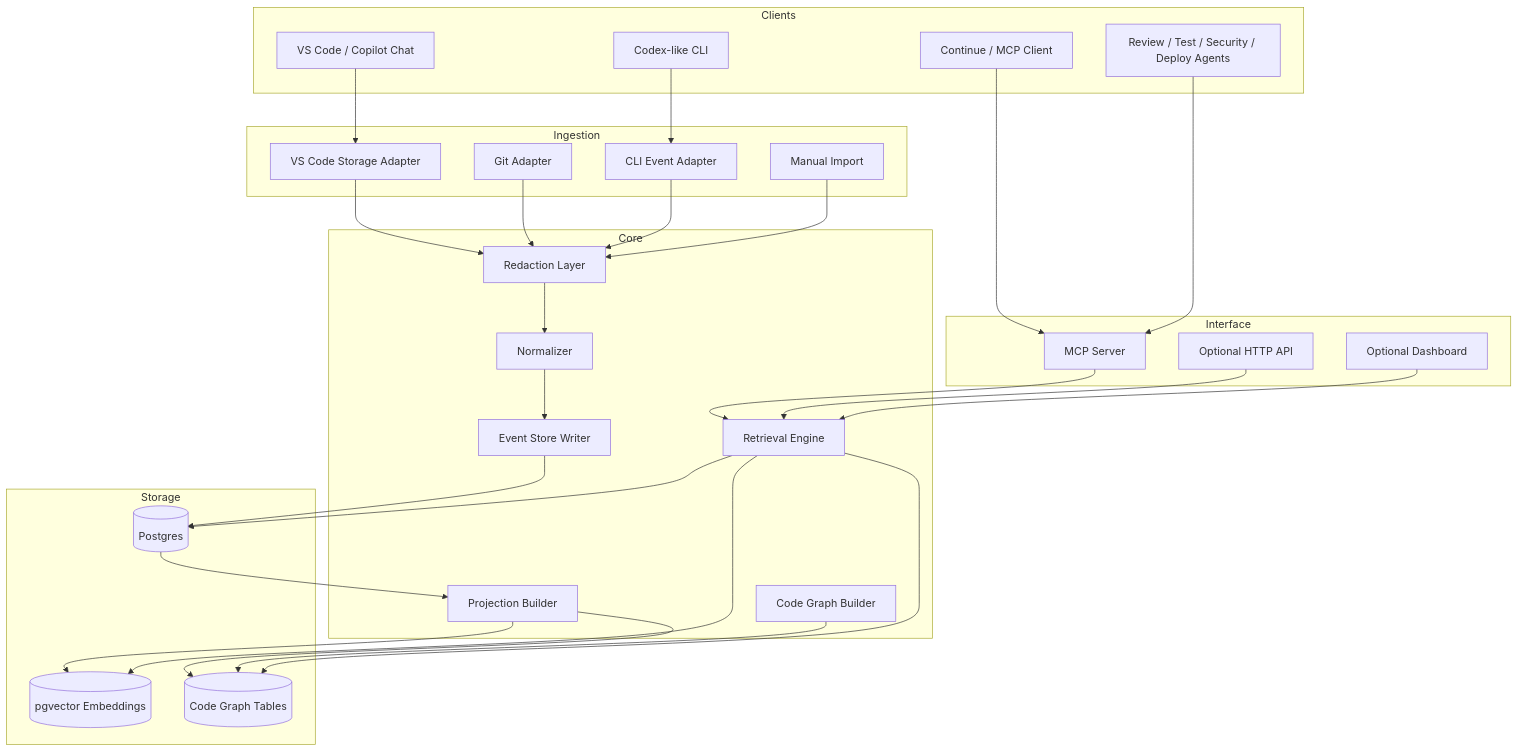
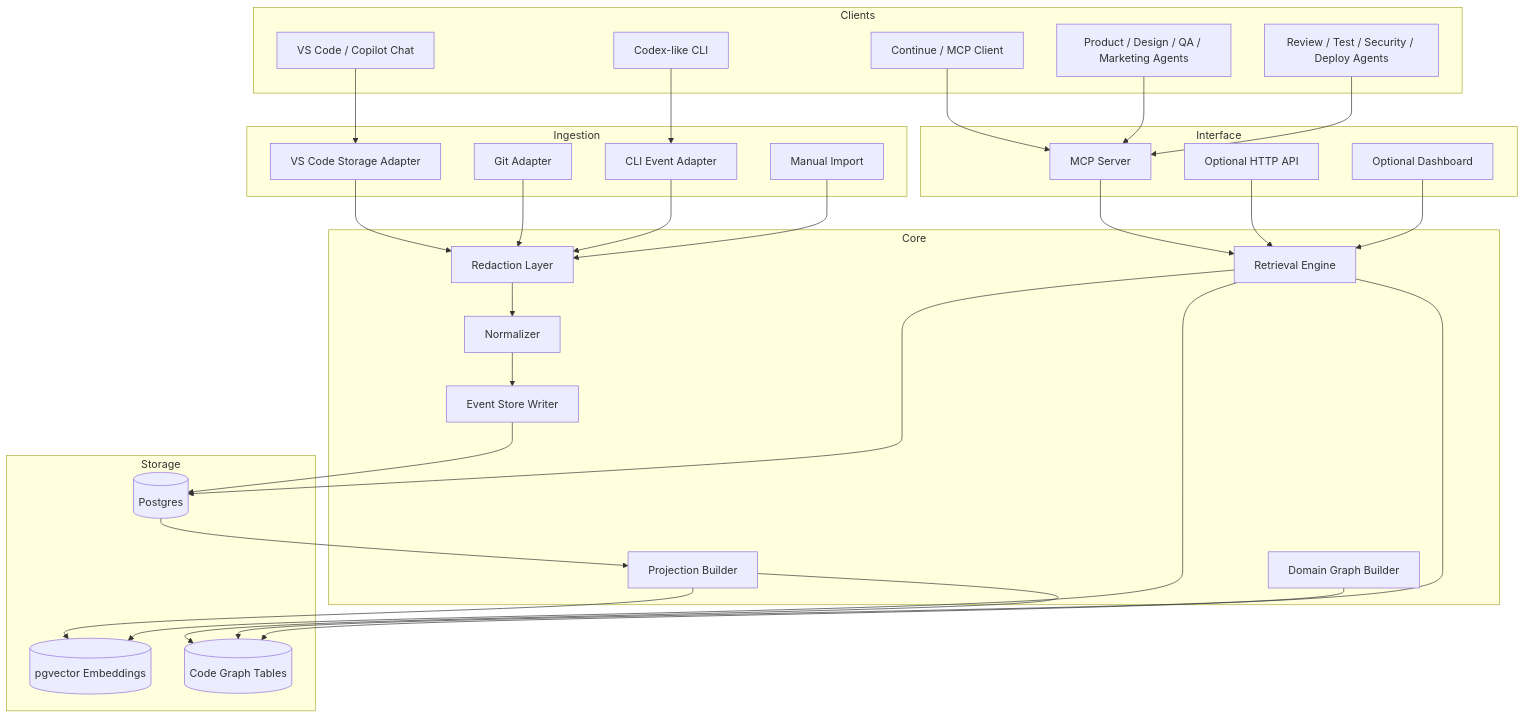
The diagram in docs/architecture.md (geondongkim/geond-agent-protocol), drawn with Mermaid before and after one commit. The commit also changed other lines of this file and 18 other files, not shown here.

````diff
--- a/docs/architecture.md
+++ b/docs/architecture.md
@@ -23,59 +23,61 @@
 ```mermaid
 flowchart TB
     subgraph Clients
         V[VS Code / Copilot Chat]
         X[Codex-like CLI]
         C[Continue / MCP Client]
+        P0[Product / Design / QA / Marketing Agents]
         O[Review / Test / Security / Deploy Agents]
     end
 
     subgraph Ingestion
         A1[VS Code Storage Adapter]
         A2[Git Adapter]
         A3[CLI Event Adapter]
         A4[Manual Import]
     end
 
     subgraph Core
         N[Normalizer]
         R[Redaction Layer]
         E[Event Store Writer]
         P[Projection Builder]
-        G[Code Graph Builder]
+      G[Domain Graph Builder]
         Q[Retrieval Engine]
     end
 
     subgraph Storage
         DB[(Postgres)]
         PV[(pgvector Embeddings)]
         CG[(Code Graph Tables)]
     end
 
     subgraph Interface
         MCP[MCP Server]
         API[Optional HTTP API]
         UI[Optional Dashboard]
     end
 
     V --> A1
     X --> A3
     C --> MCP
+    P0 --> MCP
     O --> MCP
     A1 --> R
     A2 --> R
     A3 --> R
     A4 --> R
     R --> N
     N --> E
     E --> DB
     DB --> P
     P --> PV
     P --> CG
     G --> CG
     MCP --> Q
     API --> Q
     UI --> Q
     Q --> DB
     Q --> PV
     Q --> CG
 ```
````
